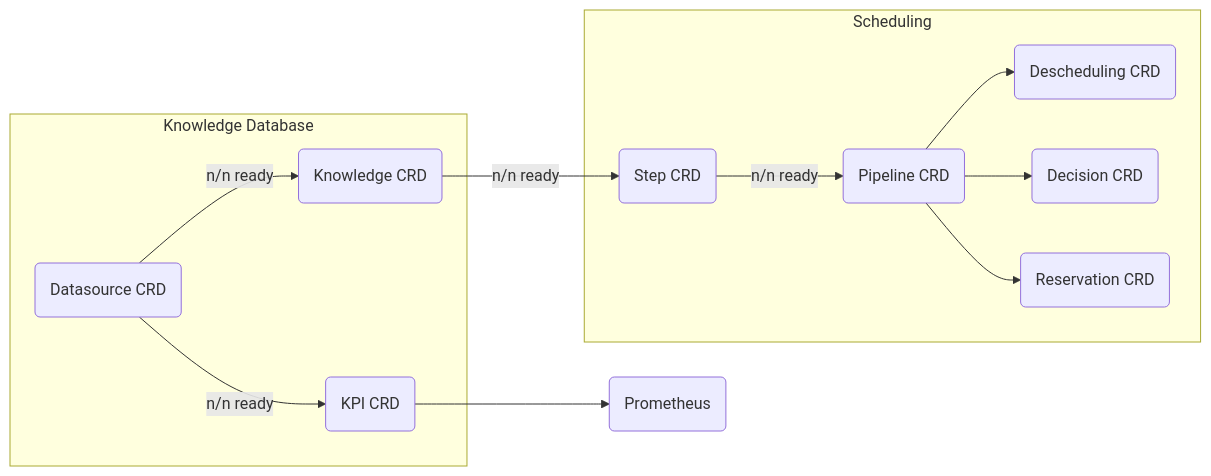
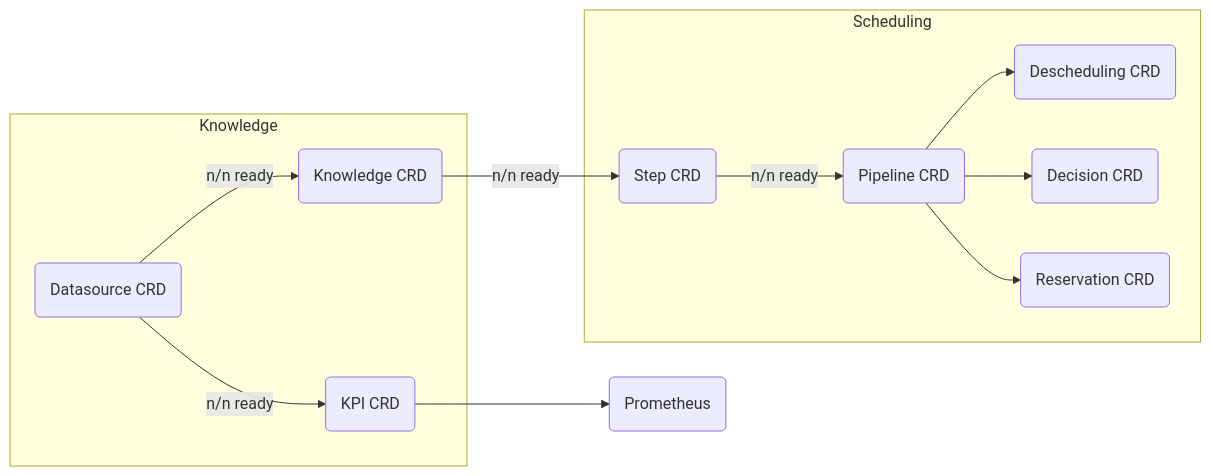
One commit to cobaltcore-dev/cortex changed the diagram in docs/apis.md. Above: the diagram before and after it, drawn with Mermaid. The commit also changed other lines of this file, not shown here.

Commit message:
remove database

````diff
--- a/docs/apis.md
+++ b/docs/apis.md
@@ -7,26 +7,26 @@
 ```mermaid
 graph LR;
-    subgraph knowledgedb [Knowledge Database]
+    subgraph knowledgedb [Knowledge]
     datasource(Datasource CRD)
     kpi(KPI CRD)
     knowledge(Knowledge CRD)
     datasource -- n/n ready --> kpi
     datasource -- n/n ready --> knowledge
     end
 
     subgraph scheduling [Scheduling]
     step(Step CRD)
     pipeline(Pipeline CRD)
     step -- n/n ready --> pipeline
     descheduling(Descheduling CRD)
     decision(Decision CRD)
     reservation(Reservation CRD)
     pipeline --> descheduling
     pipeline --> decision
     pipeline --> reservation
     end
 
     prometheus(Prometheus)
     kpi --> prometheus
     knowledge -- n/n ready --> step
 ```
````
